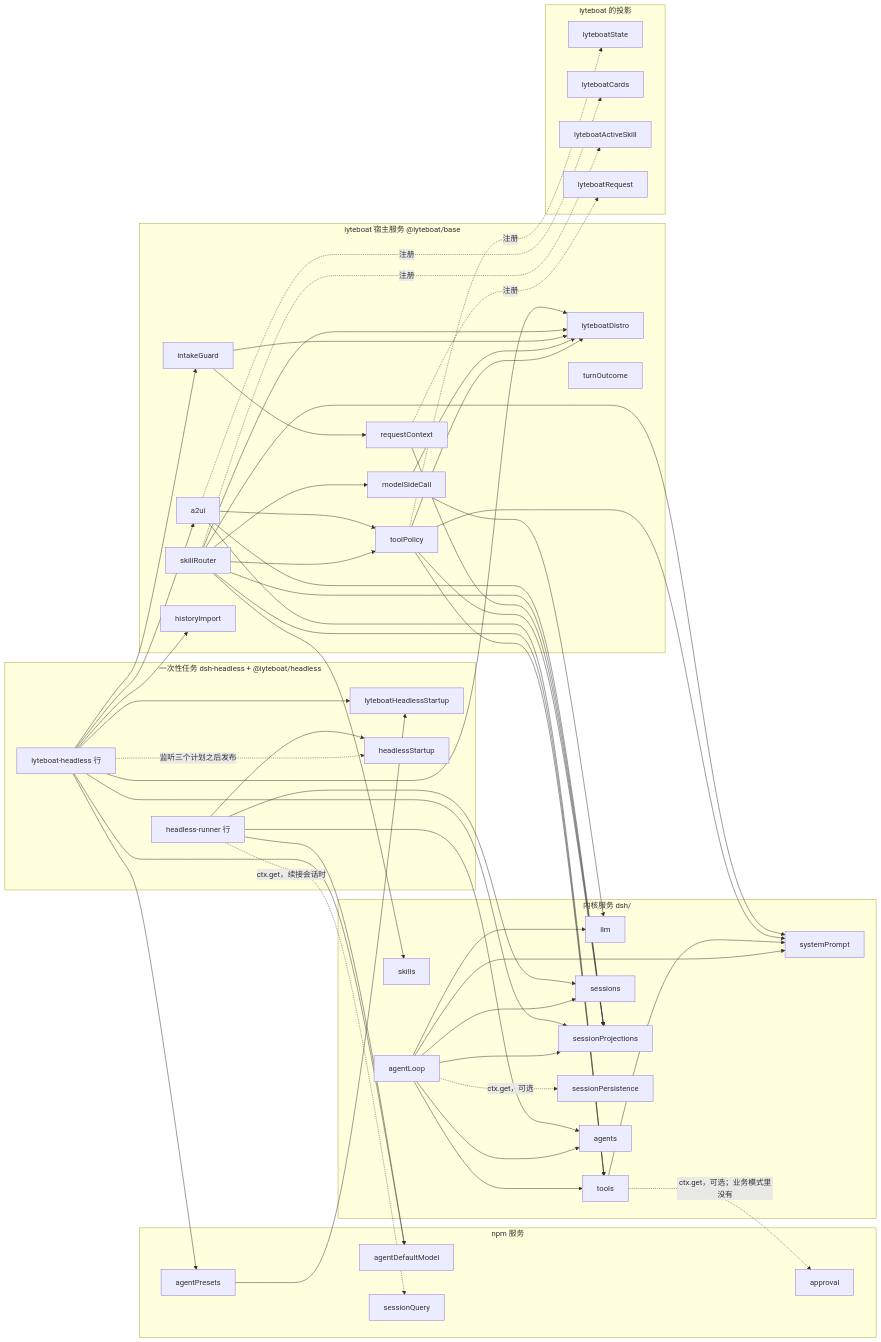
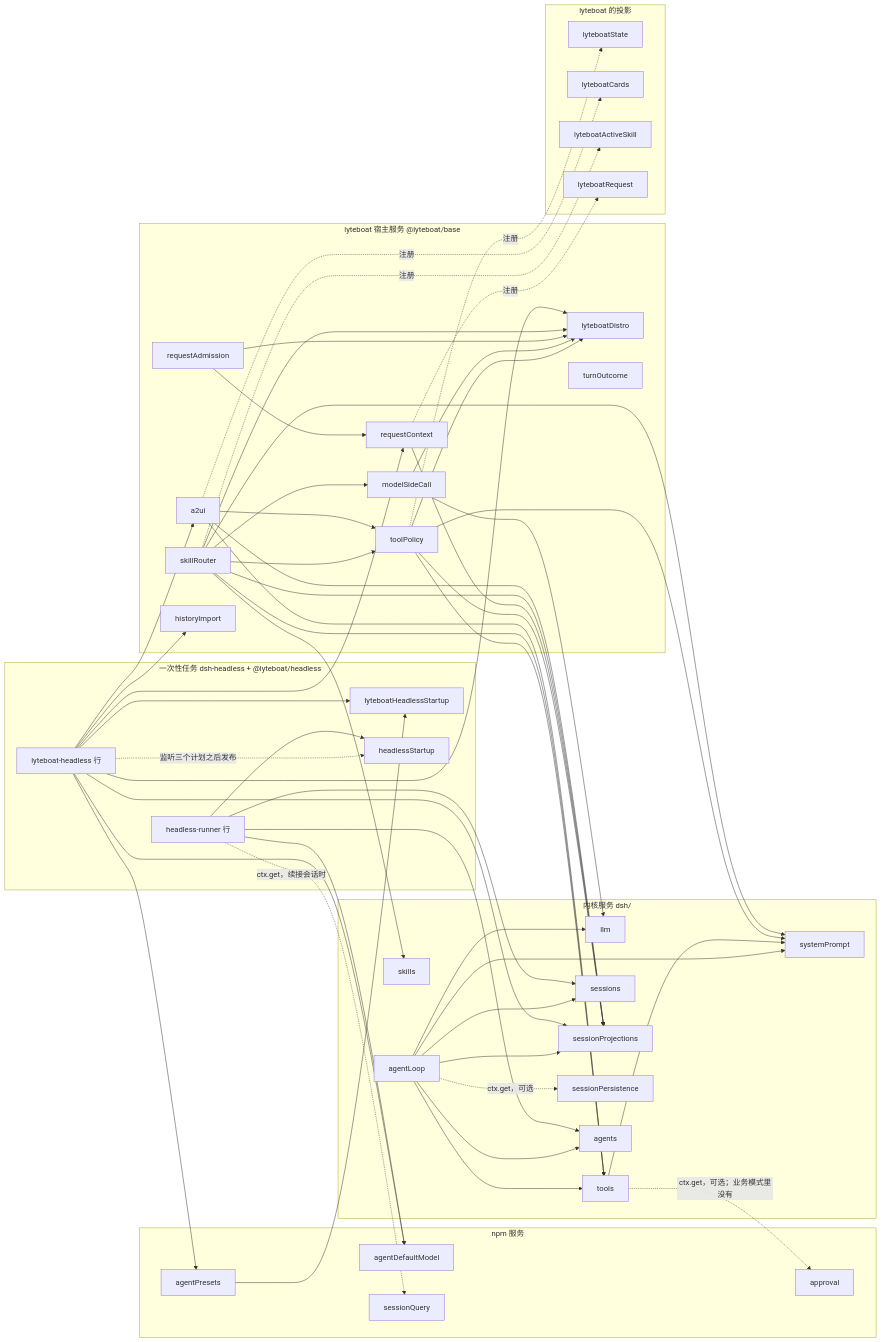
Before and after one commit to lyteboat/lyteboat: the third of 11 diagrams in docs/01-architecture.md, drawn with Mermaid. The commit also changed other lines of this file and 7 other files, not shown here.

First line of the commit message:
docs: @lyteboat/request-admission — the docs describe admission at each turn's first step

````diff
--- a/docs/01-architecture.md
+++ b/docs/01-architecture.md
@@ -169,62 +169,62 @@
 ```mermaid
 flowchart LR
   subgraph KS["内核服务 dsh/"]
     llm["llm"]
     tools["tools"]
     skills["skills"]
     sessions["sessions"]
     sp["systemPrompt"]
     proj["sessionProjections"]
     persist["sessionPersistence"]
     agentsS["agents"]
     loop["agentLoop"]
   end
   subgraph NS["npm 服务"]
     approval["approval"]
     presets["agentPresets"]
     dm["agentDefaultModel"]
     sq["sessionQuery"]
   end
   subgraph BS["lyteboat 宿主服务 @lyteboat/base"]
     distro["lyteboatDistro"]
     tp["toolPolicy"]
     aux["modelSideCall"]
     rc["requestContext"]
     to["turnOutcome"]
-    ig["intakeGuard"]
+    ra["requestAdmission"]
     sr["skillRouter"]
     a2ui["a2ui"]
     hi["historyImport"]
   end
   subgraph RS["一次性任务 dsh-headless + @lyteboat/headless"]
     startup["lyteboatHeadlessStartup"]
     hooks["lyteboat-headless 行"]
     hstart["headlessStartup"]
     runner["headless-runner 行"]
   end
   subgraph PS["lyteboat 的投影"]
     pState["lyteboatState"]
     pCards["lyteboatCards"]
     pSkill["lyteboatActiveSkill"]
     pReq["lyteboatRequest"]
   end
   loop --> agentsS & sessions & llm & tools & sp & proj
   tools --> sp
   tp --> tools & proj & sp & distro
   aux --> llm & distro
   rc --> proj
-  ig --> rc & distro
+  ra --> rc & distro
   sr --> skills & aux & proj & sp & tools & tp & distro
   a2ui --> tools & tp & proj
   presets --> startup
-  hooks --> distro & dm & presets & proj & hi & a2ui & ig & startup
+  hooks --> distro & dm & presets & proj & hi & a2ui & rc & startup
   hooks -.->|"监听三个计划之后发布"| hstart
   runner --> dm & agentsS & sessions & hstart
   runner -.->|"ctx.get，续接会话时"| sq
   tp -.->|"注册"| pState
   a2ui -.->|"注册"| pCards
   sr -.->|"注册"| pSkill
   rc -.->|"注册"| pReq
   tools -.->|"ctx.get，可选；业务模式里没有"| approval
   loop -.->|"ctx.get，可选"| persist
 ```
````
